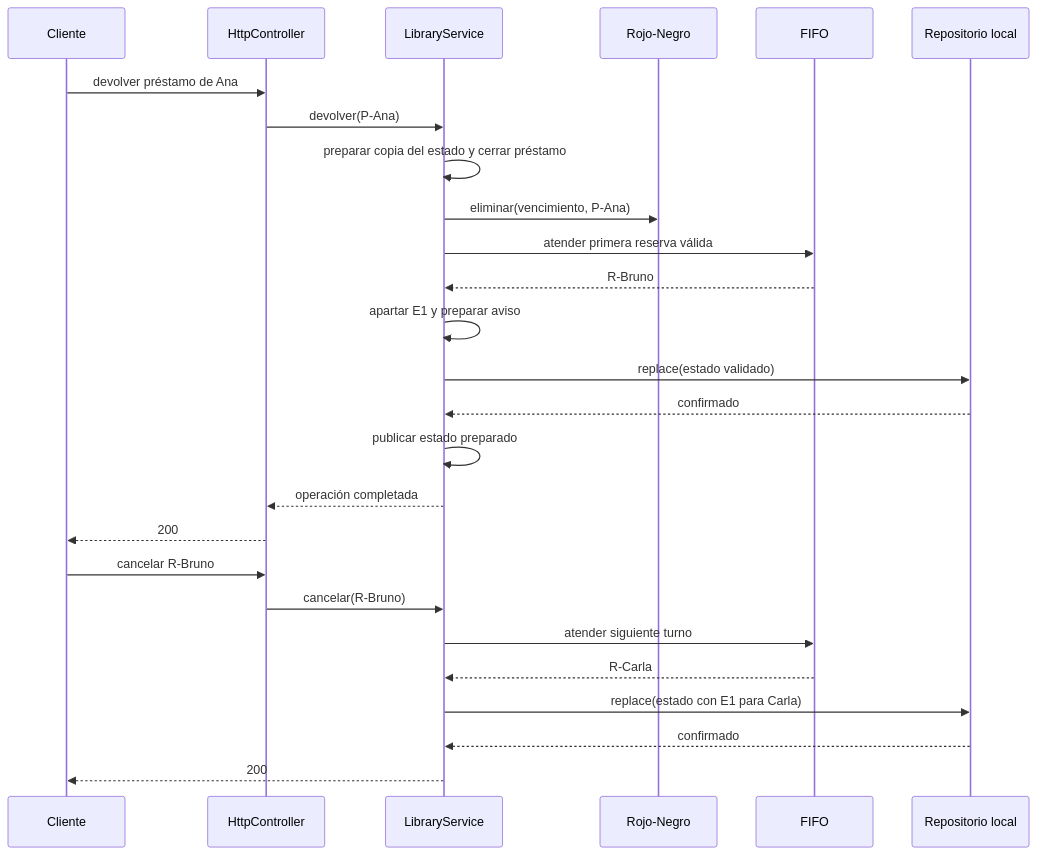
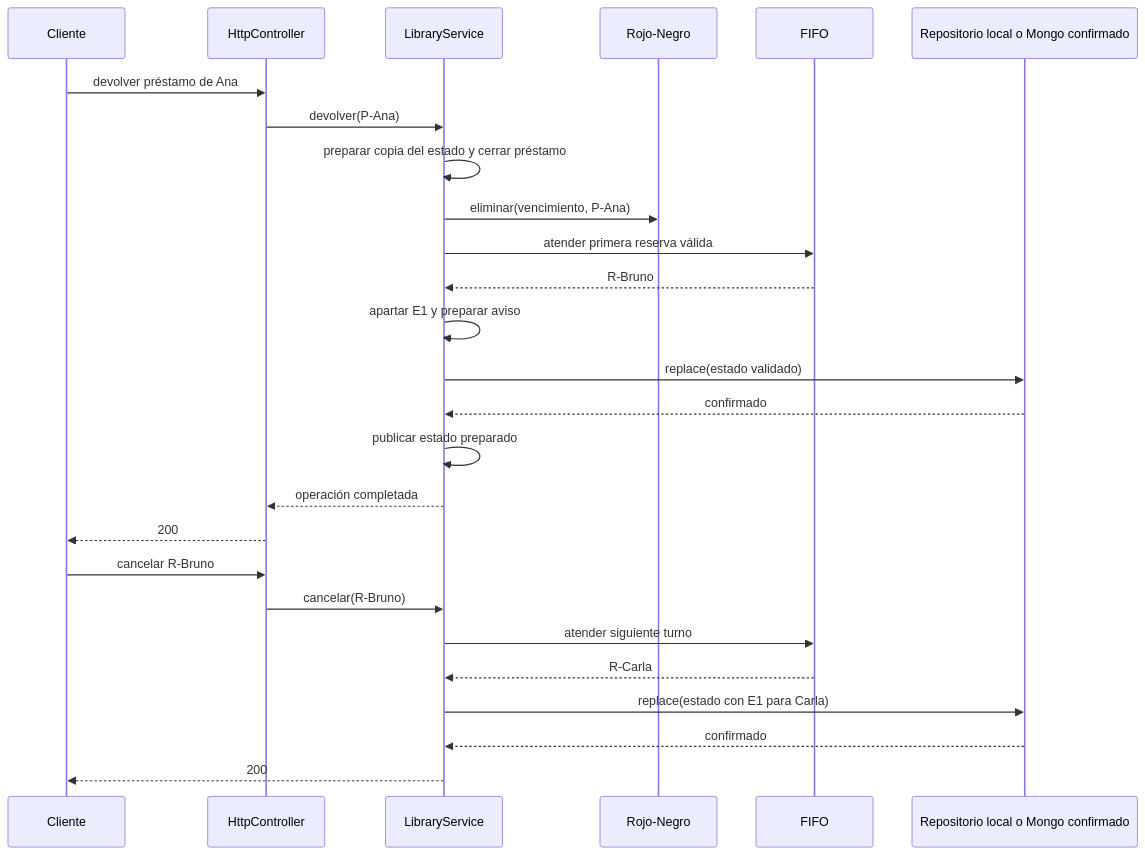
One commit to yrojasar-ui/Sistema-de-gestion-Academica changed the fourth of 5 diagrams in docs/DOMINIO_API.md. Above: the diagram before and after it, drawn with Mermaid. The commit also changed other lines of this file and 54 other files, not shown here.

````diff
--- a/docs/DOMINIO_API.md
+++ b/docs/DOMINIO_API.md
@@ -204,28 +215,28 @@
 ```mermaid
 sequenceDiagram
     participant Cliente
     participant HTTP as HttpController
     participant Servicio as LibraryService
     participant RN as Rojo-Negro
     participant FIFO
-    participant Repo as Repositorio local
+    participant Repo as Repositorio local o Mongo confirmado
     Cliente->>HTTP: devolver préstamo de Ana
     HTTP->>Servicio: devolver(P-Ana)
     Servicio->>Servicio: preparar copia del estado y cerrar préstamo
     Servicio->>RN: eliminar(vencimiento, P-Ana)
     Servicio->>FIFO: atender primera reserva válida
     FIFO-->>Servicio: R-Bruno
     Servicio->>Servicio: apartar E1 y preparar aviso
     Servicio->>Repo: replace(estado validado)
     Repo-->>Servicio: confirmado
     Servicio->>Servicio: publicar estado preparado
     Servicio-->>HTTP: operación completada
     HTTP-->>Cliente: 200
     Cliente->>HTTP: cancelar R-Bruno
     HTTP->>Servicio: cancelar(R-Bruno)
     Servicio->>FIFO: atender siguiente turno
     FIFO-->>Servicio: R-Carla
     Servicio->>Repo: replace(estado con E1 para Carla)
     Repo-->>Servicio: confirmado
     Servicio-->>Cliente: 200
 ```
````
